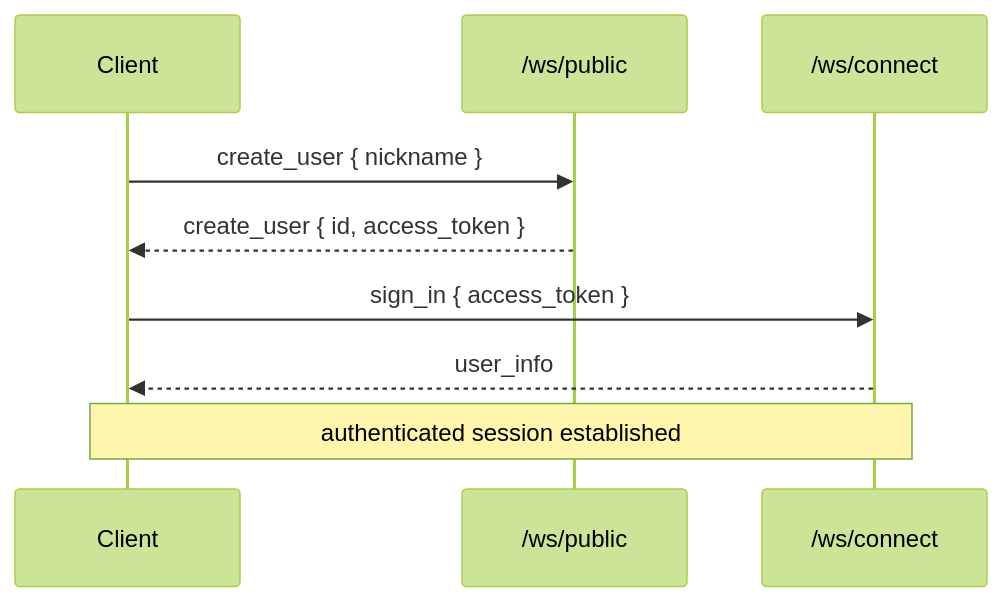
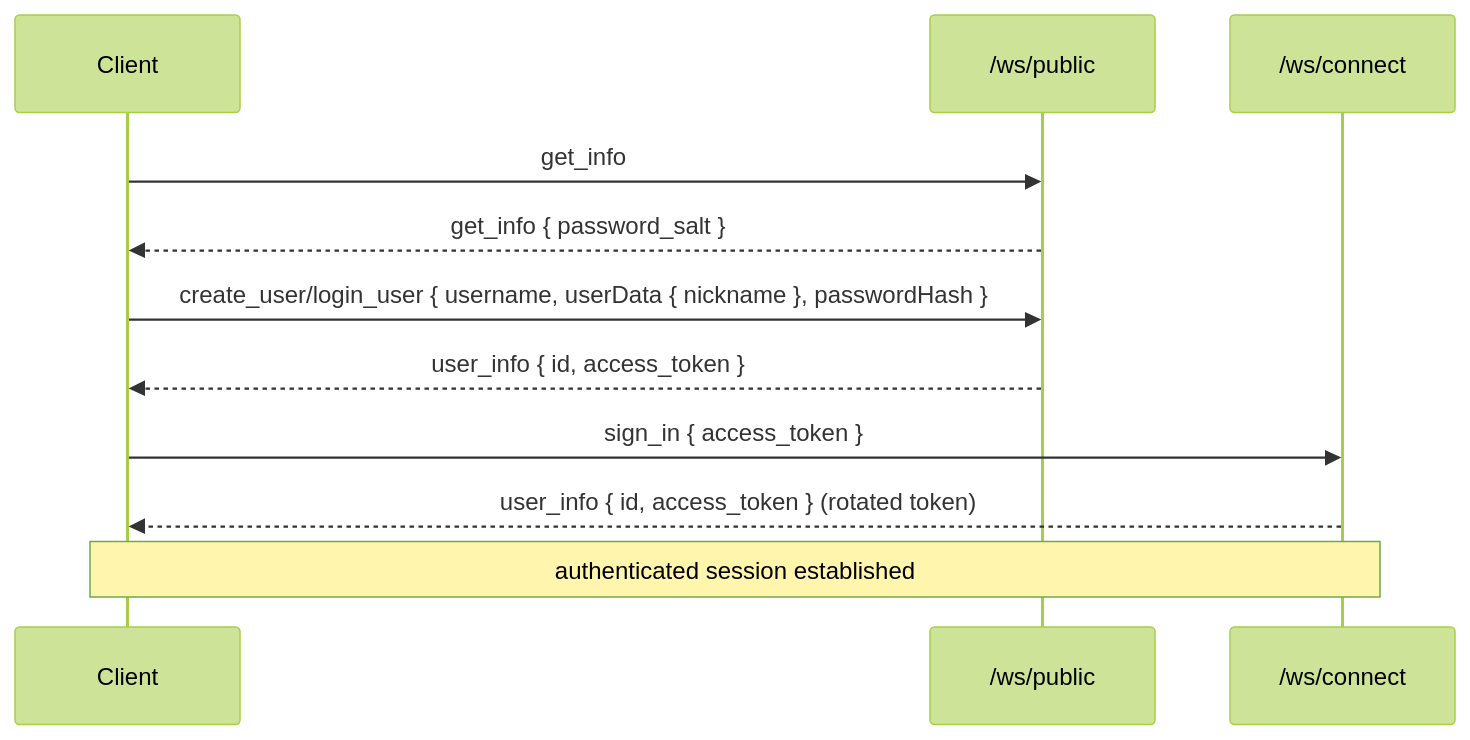
The diagram in docs/server/auth.md (RabiMimi/RabiRiichi-Docs), drawn with Mermaid (forest theme) before and after one commit. The commit also changed other lines of this file and 1 other file, not shown here.

````diff
--- a/docs/server/auth.md
+++ b/docs/server/auth.md
@@ -40,11 +41,13 @@
 ```mermaid
 sequenceDiagram
   participant C as Client
   participant P as /ws/public
   participant A as /ws/connect
-  C->>P: create_user { nickname }
-  P-->>C: create_user { id, access_token }
+  C->>P: get_info
+  P-->>C: get_info { password_salt }
+  C->>P: create_user/login_user { username, userData { nickname }, passwordHash }
+  P-->>C: user_info { id, access_token }
   C->>A: sign_in { access_token }
-  A-->>C: user_info
+  A-->>C: user_info { id, access_token } (rotated token)
   Note over C,A: authenticated session established
 ```
````
